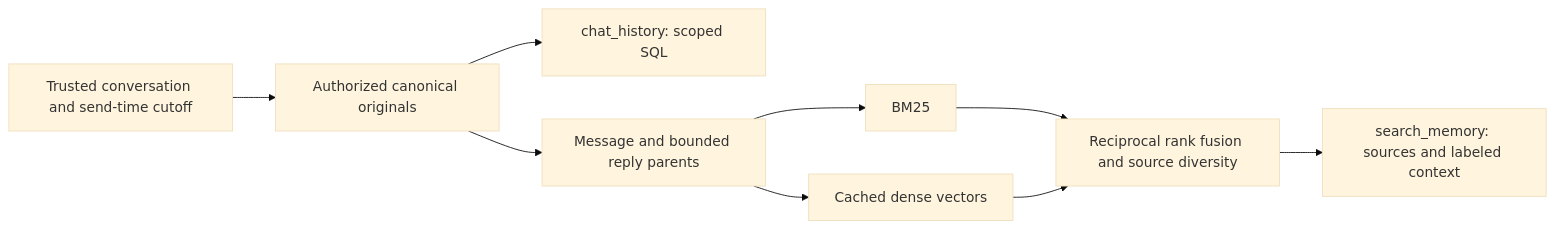
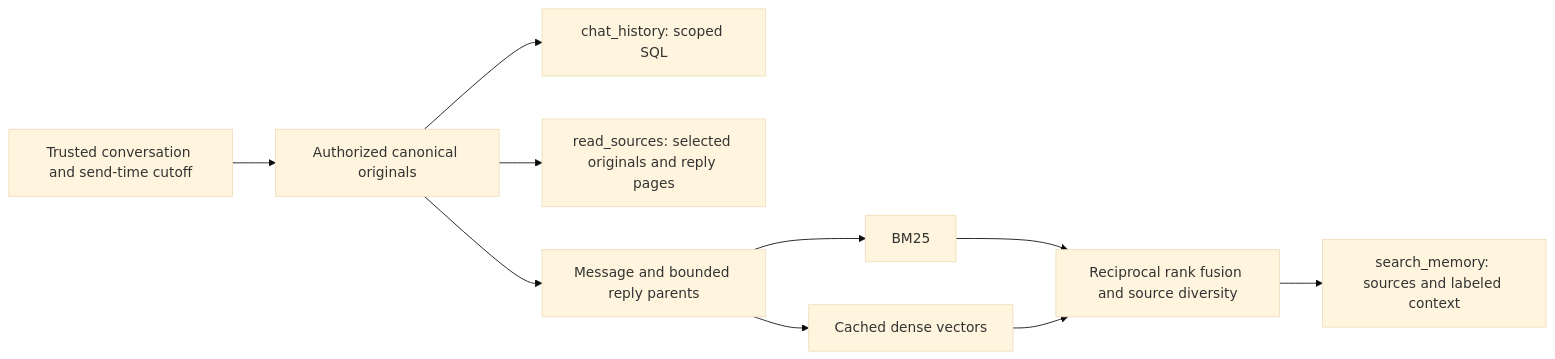
One commit to K1rL3s/dashulya changed the diagram in docs/design/chat-memory.md. Above: the diagram before and after it, drawn with Mermaid (base theme). The commit also changed other lines of this file and 22 other files, not shown here.

````diff
--- a/docs/design/chat-memory.md
+++ b/docs/design/chat-memory.md
@@ -13,11 +13,12 @@
 ```mermaid
 flowchart LR
     Request[Trusted conversation and send-time cutoff] --> Scope[Authorized canonical originals]
     Scope --> History[chat_history: scoped SQL]
+Scope --> Sources[read_sources: selected originals and reply pages]
     Scope --> Blocks[Message and bounded reply parents]
     Blocks --> Lexical[BM25]
     Blocks --> Dense[Cached dense vectors]
     Lexical --> Fusion[Reciprocal rank fusion and source diversity]
     Dense --> Fusion
     Fusion --> Recall[search_memory: sources and labeled context]
 ```
````
